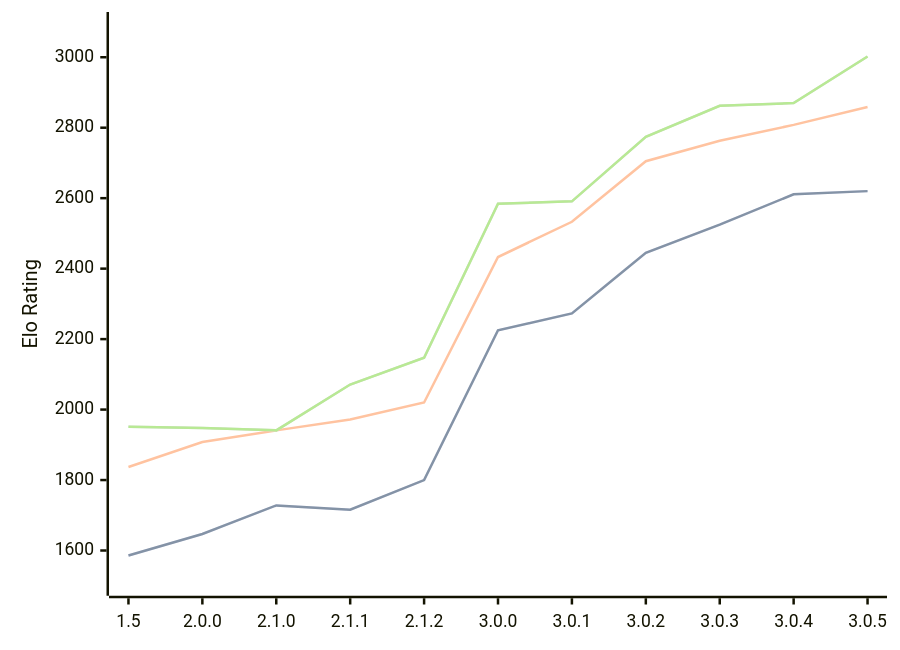
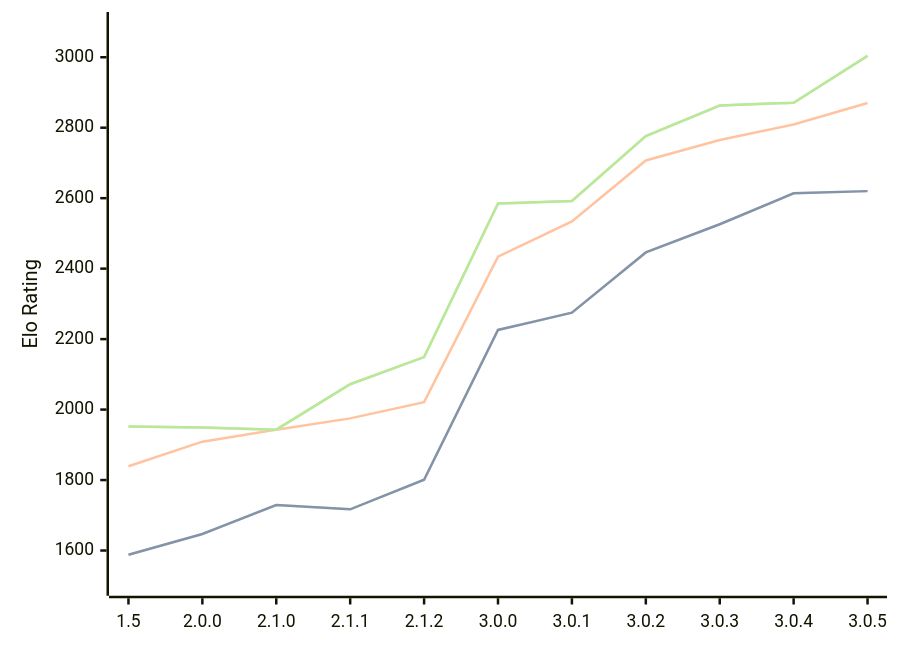
One commit to computer-chess-index/cci changed the diagram in engines/Rudim.md. Above: the diagram before and after it, drawn with Mermaid. The commit also changed other lines of this file, not shown here.

Commit message:
Update CCI Ratings (ELO VLTC) - 2026-08-09

````diff
--- a/engines/Rudim.md
+++ b/engines/Rudim.md
@@ -45,11 +45,11 @@
 ```mermaid
 %%{init: {"theme":"base","themeVariables":{"seriesColors:['#a3a3a3','#222221','#faa371']}}}%%
 xychart-beta
   x-axis ["1.5", "2.0.0", "2.1.0", "2.1.1", "2.1.2", "3.0.0", "3.0.1", "3.0.2", "3.0.3", "3.0.4", "3.0.5"]
   y-axis "Elo Rating" 1500 --> 3100
-  line "STC (8.0+0.08s)" [1586, 1647, 1728, 1716, 1800, 2225, 2273, 2445, 2525, 2611, 2620]
-  line "STC (8.0+0.08s)" [1586, 1647, 1728, 1716, 1800, 2225, 2273, 2445, 2525, 2611, 2620]
-  line "LTC (60.0+0.60s)" [1837, 1908, 1941, 1972, 2020, 2433, 2533, 2705, 2763, 2808, 2859]
-  line "VLTC (2m24s+1.12s)" [1951, 1948, 1941, 2071, 2147, 2584, 2591, 2774, 2862, 2870, 3002]
-  line "VLTC (2m24s+1.12s)" [1951, 1948, 1941, 2071, 2147, 2584, 2591, 2774, 2862, 2870, 3002]
+  line "STC (8.0+0.08s)" [1588, 1647, 1729, 1717, 1801, 2226, 2275, 2446, 2526, 2614, 2620]
+  line "STC (8.0+0.08s)" [1588, 1647, 1729, 1717, 1801, 2226, 2275, 2446, 2526, 2614, 2620]
+  line "LTC (60.0+0.60s)" [1839, 1909, 1943, 1975, 2021, 2434, 2534, 2707, 2765, 2809, 2870]
+  line "VLTC (2m24s+1.12s)" [1952, 1949, 1943, 2072, 2149, 2585, 2592, 2776, 2863, 2871, 3004]
+  line "VLTC (2m24s+1.12s)" [1952, 1949, 1943, 2072, 2149, 2585, 2592, 2776, 2863, 2871, 3004]
 ```
````
